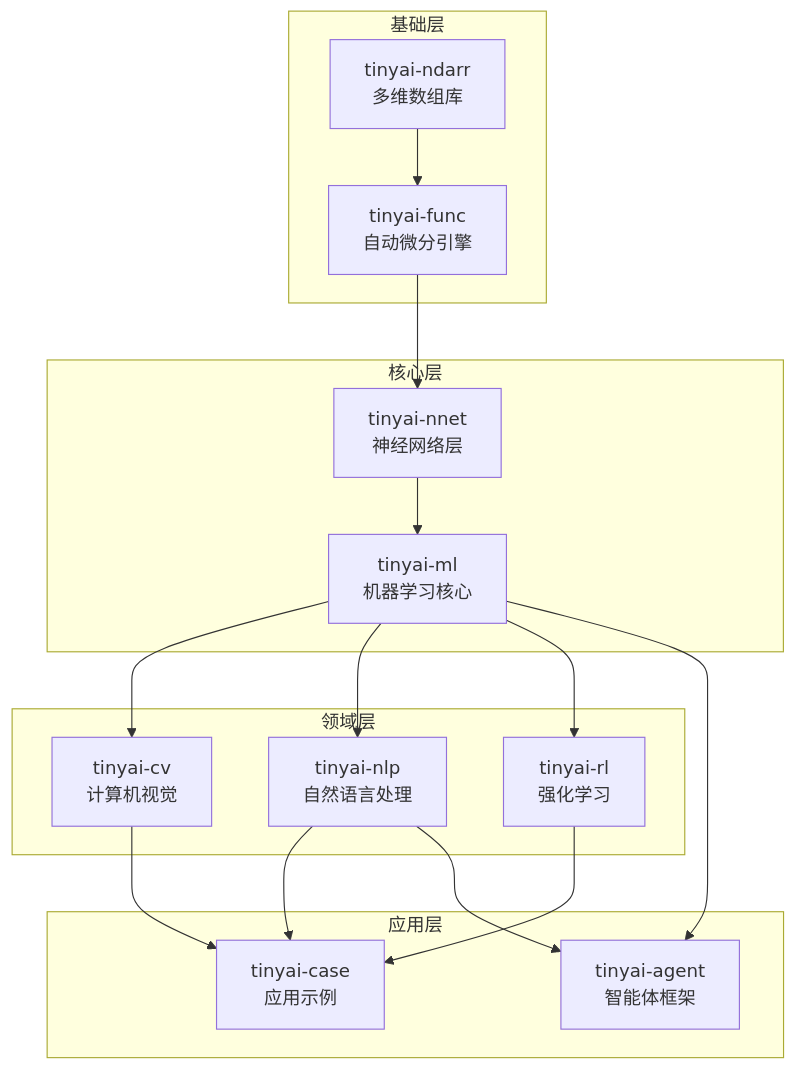
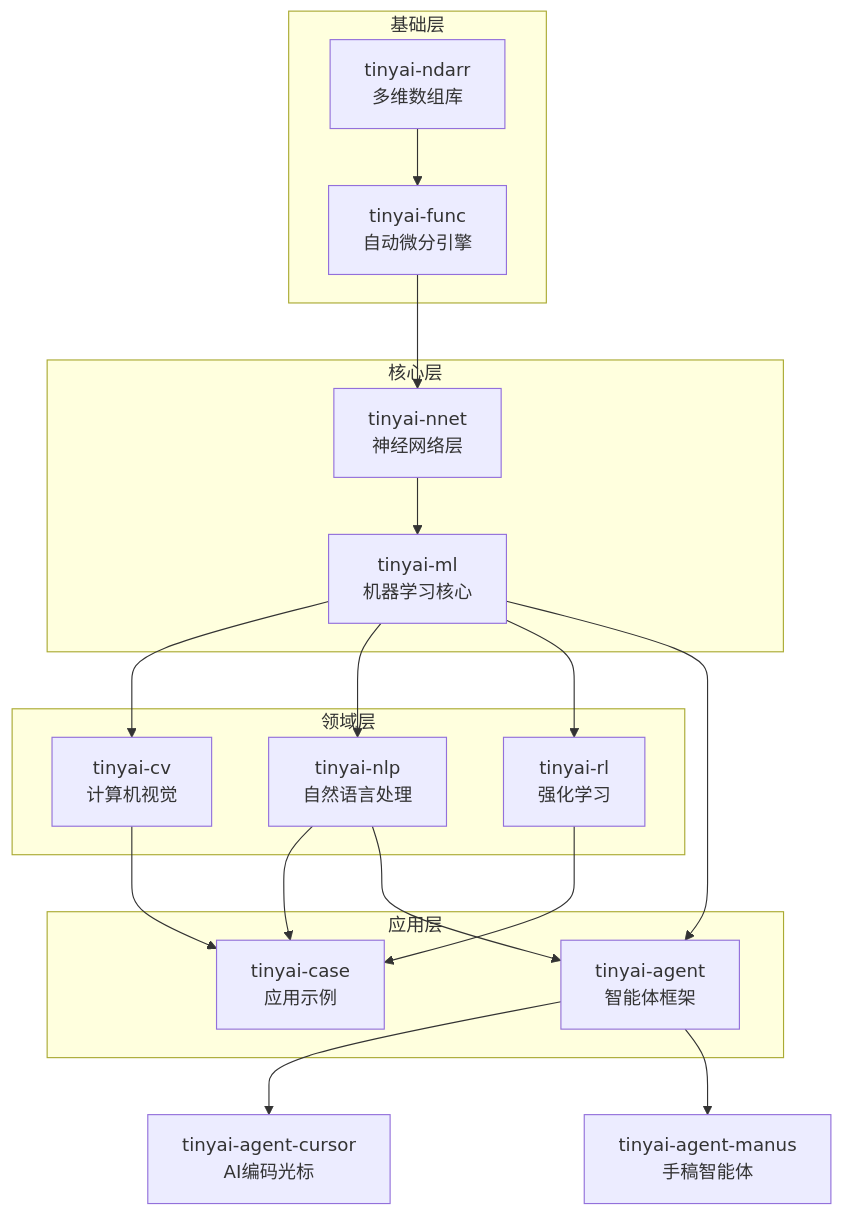
The first of 8 diagrams in .qoder/repowiki/zh/content/项目概述.md (Leavesfly/TinyAI), drawn with Mermaid before and after one commit. The commit also changed other lines of this file and 40 other files, not shown here.

````diff
--- a/.qoder/repowiki/zh/content/项目概述.md
+++ b/.qoder/repowiki/zh/content/项目概述.md
@@ -42,31 +57,33 @@
 ```mermaid
 graph TD
 subgraph "基础层"
 A[tinyai-ndarr<br/>多维数组库]
 B[tinyai-func<br/>自动微分引擎]
 end
 subgraph "核心层"
 C[tinyai-nnet<br/>神经网络层]
 D[tinyai-ml<br/>机器学习核心]
 end
 subgraph "领域层"
 E[tinyai-cv<br/>计算机视觉]
 F[tinyai-nlp<br/>自然语言处理]
 G[tinyai-rl<br/>强化学习]
 end
 subgraph "应用层"
 H[tinyai-case<br/>应用示例]
 I[tinyai-agent<br/>智能体框架]
 end
 A --> B
 B --> C
 C --> D
 D --> E
 D --> F
 D --> G
 E --> H
 F --> H
 G --> H
 D --> I
 F --> I
+I --> J[tinyai-agent-cursor<br/>AI编码光标]
+I --> K[tinyai-agent-manus<br/>手稿智能体]
 ```
````
